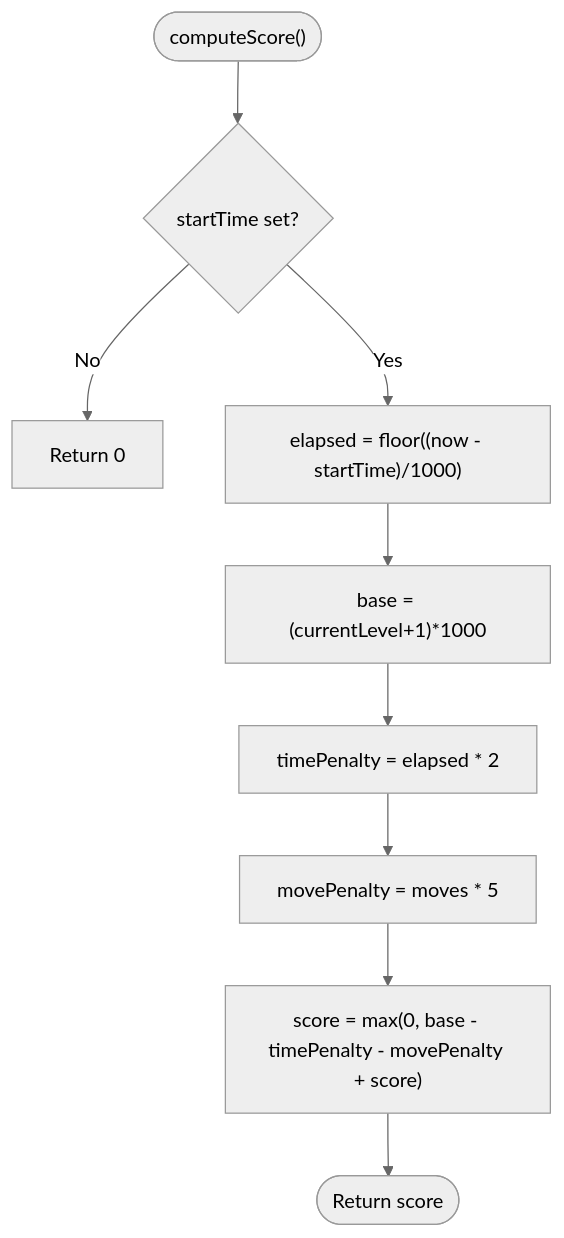
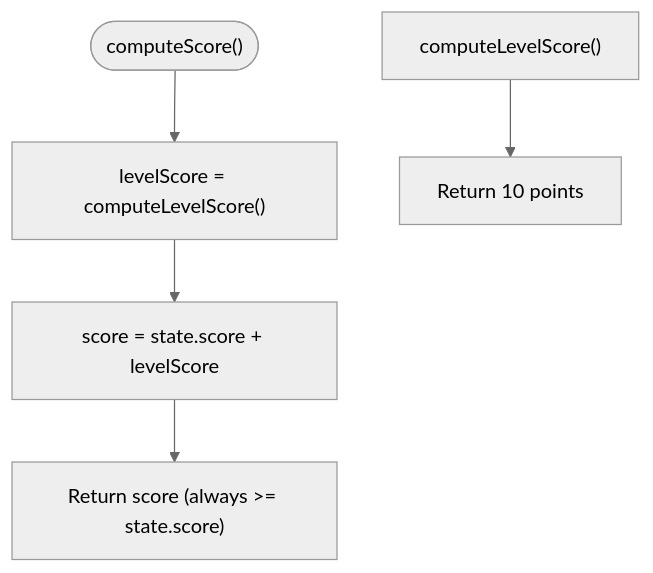
The eighth of 11 diagrams in .qoder/repowiki/en/content/Game Engine & Logic/Game State & History.md (chetanck03/games), drawn with Mermaid (neutral theme) before and after one commit. The commit also changed other lines of this file and 27 other files, not shown here.

````diff
--- a/.qoder/repowiki/en/content/Game Engine & Logic/Game State & History.md
+++ b/.qoder/repowiki/en/content/Game Engine & Logic/Game State & History.md
@@ -263,11 +272,7 @@
 ```mermaid
 flowchart TD
-Start(["computeScore()"]) --> CheckStart{"startTime set?"}
-CheckStart --> |No| ReturnZero["Return 0"]
-CheckStart --> |Yes| Elapsed["elapsed = floor((now - startTime)/1000)"]
-Elapsed --> Base["base = (currentLevel+1)*1000"]
-Base --> TimePenalty["timePenalty = elapsed * 2"]
-TimePenalty --> MovePenalty["movePenalty = moves * 5"]
-MovePenalty --> ScoreCalc["score = max(0, base - timePenalty - movePenalty + score)"]
-ScoreCalc --> End(["Return score"])
+Start(["computeScore()"]) --> LevelScore["levelScore = computeLevelScore()"]
+LevelScore --> AddScore["score = state.score + levelScore"]
+AddScore --> ReturnScore["Return score (always >= state.score)"]
+ComputeLevel["computeLevelScore()"] --> FixedPoints["Return 10 points"]
 ```
````
